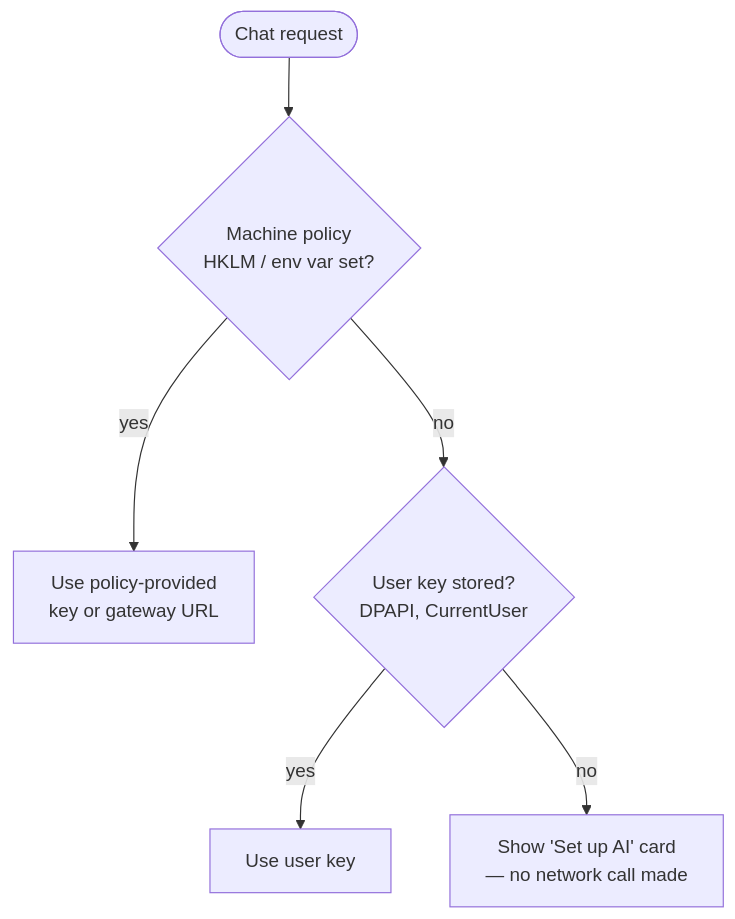
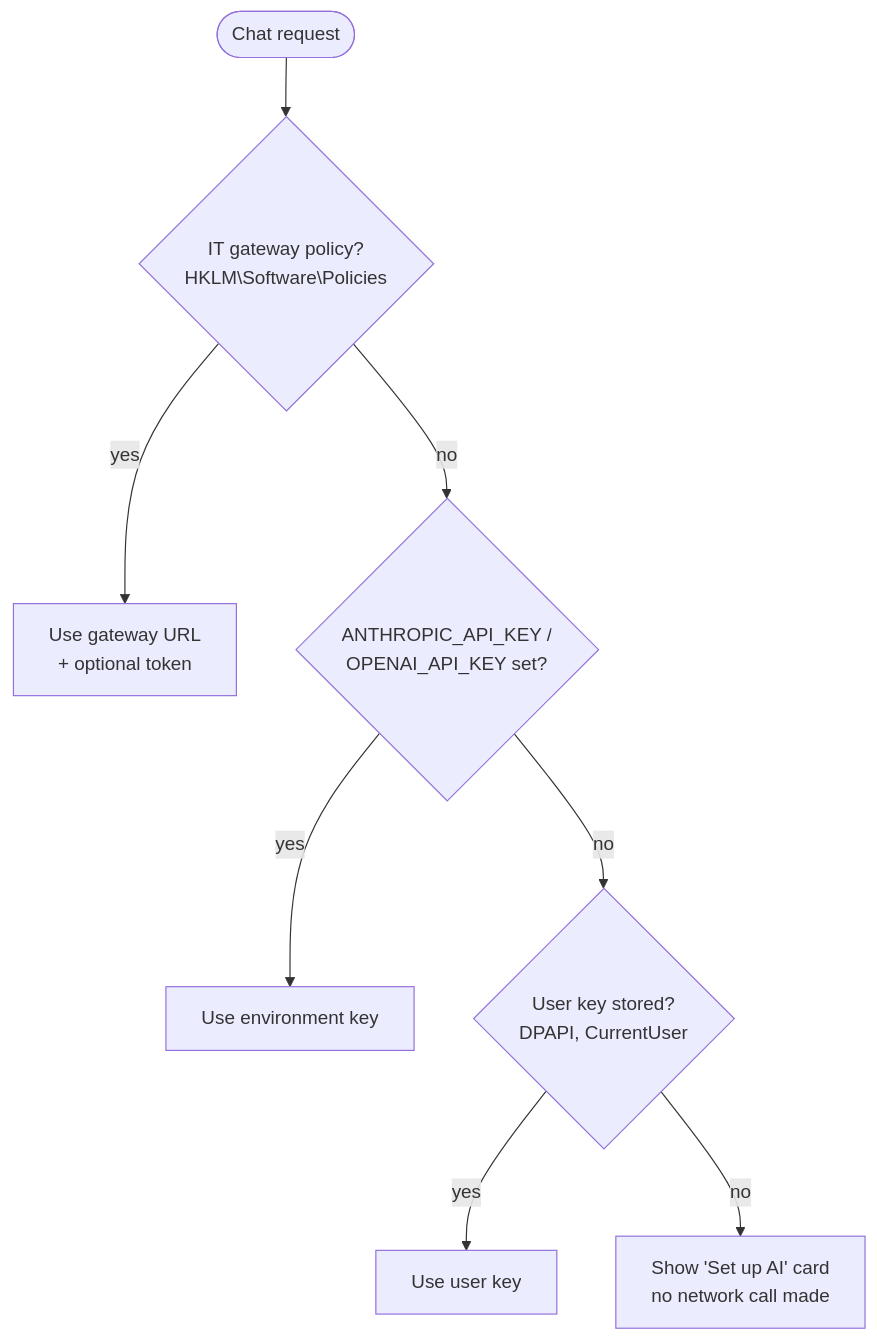
Before and after one commit to RelentlessOldMan/ChatbotAddonDemo: the fourth of 4 diagrams in docs/design.md, drawn with Mermaid. The commit also changed other lines of this file, not shown here.

Commit message:
docs: fix tool name in approval sequence and show full credential precedence
Claude-Session: https://claude.ai/code/session_01RqCrBPJkyojDMLP4z7v4oY

````diff
--- a/docs/design.md
+++ b/docs/design.md
@@ -137,8 +137,10 @@
 ```mermaid
 flowchart TD
-    start([Chat request]) --> pol{Machine policy<br/>HKLM / env var set?}
-    pol -- yes --> usepol[Use policy-provided<br/>key or gateway URL]
-    pol -- no --> user{User key stored?<br/>DPAPI, CurrentUser}
+    start([Chat request]) --> gw{IT gateway policy?<br/>HKLM\Software\Policies}
+    gw -- yes --> usegw[Use gateway URL<br/>+ optional token]
+    gw -- no --> env{ANTHROPIC_API_KEY /<br/>OPENAI_API_KEY set?}
+    env -- yes --> useenv[Use environment key]
+    env -- no --> user{User key stored?<br/>DPAPI, CurrentUser}
     user -- yes --> useuser[Use user key]
-    user -- no --> prompt[Show 'Set up AI' card<br/>— no network call made]
+    user -- no --> prompt["Show 'Set up AI' card<br/>no network call made"]
 ```
````
